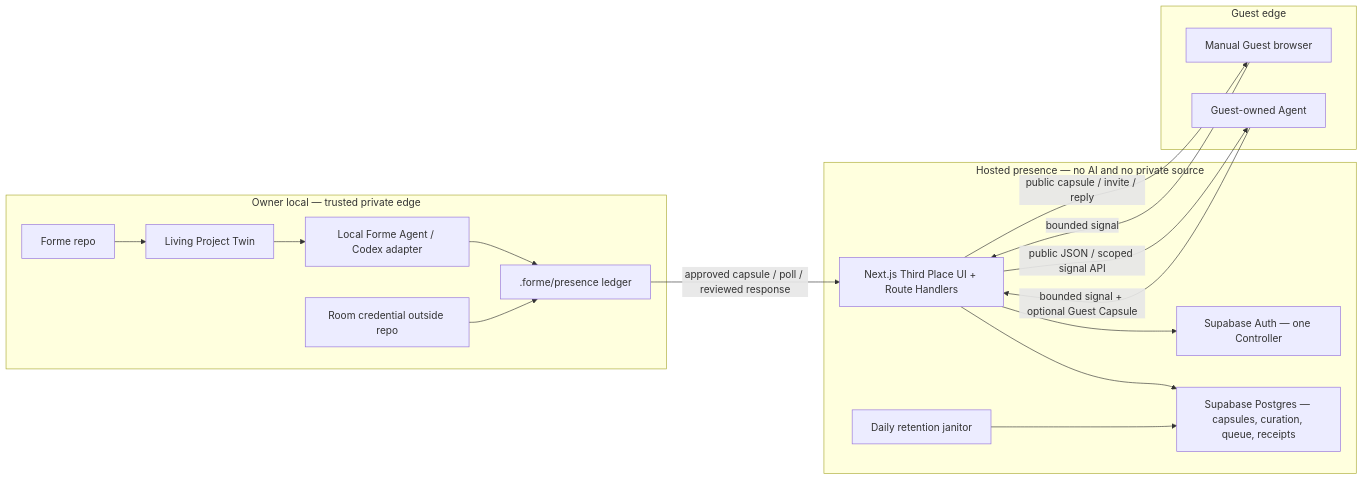
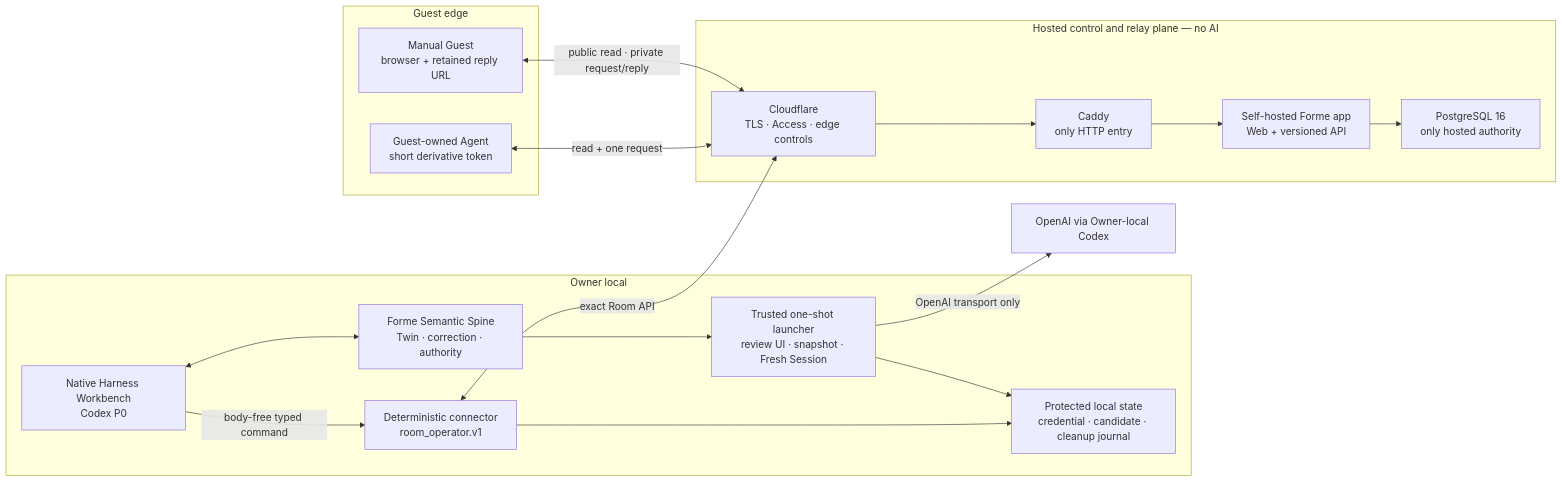
The diagram in docs/R4-TECHNICAL-CONTROL-PACKET.md (formehq/forme), drawn with Mermaid before and after one commit. The commit also changed other lines of this file and 15 other files, not shown here.

````diff
--- a/docs/R4-TECHNICAL-CONTROL-PACKET.md
+++ b/docs/R4-TECHNICAL-CONTROL-PACKET.md
@@ -220,35 +144,33 @@
 ```mermaid
 flowchart LR
-    subgraph Local["Owner local — trusted private edge"]
-        Source["Forme repo"]
-        Twin["Living Project Twin"]
-        LocalAgent["Local Forme Agent / Codex adapter"]
-        Presence[".forme/presence ledger"]
-        Credential["Room credential outside repo"]
-        Source --> Twin
-        Twin --> LocalAgent
-        LocalAgent --> Presence
-        Credential --> Presence
+    subgraph Local["Owner local"]
+        W["Native Harness Workbench\nCodex P0"]
+        S["Forme Semantic Spine\nTwin · correction · authority"]
+        L["Trusted one-shot launcher\nreview UI · snapshot · Fresh Session"]
+        C["Deterministic connector\nroom_operator.v1"]
+        P["Protected local state\ncredential · candidate · cleanup journal"]
+        W <--> S
+        W -->|"body-free typed command"| C
+        S --> L
+        L --> P
+        C --> P
     end
 
-    subgraph Hosted["Hosted presence — no AI and no private source"]
-        App["Next.js Third Place UI + Route Handlers"]
-        Auth["Supabase Auth — one Controller"]
-        DB["Supabase Postgres — capsules, curation, queue, receipts"]
-        Cron["Daily retention janitor"]
-        App --> Auth
-        App --> DB
-        Cron --> DB
+    subgraph Hosted["Hosted control and relay plane — no AI"]
+        CF["Cloudflare\nTLS · Access · edge controls"]
+        CA["Caddy\nonly HTTP entry"]
+        A["Self-hosted Forme app\nWeb + versioned API"]
+        D["PostgreSQL 16\nonly hosted authority"]
+        CF --> CA --> A --> D
     end
 
     subgraph Guest["Guest edge"]
-        Browser["Manual Guest browser"]
-        GuestAgent["Guest-owned Agent"]
+        M["Manual Guest\nbrowser + retained reply URL"]
+        G["Guest-owned Agent\nshort derivative token"]
     end
 
-    Presence -->|"approved capsule / poll / reviewed response"| App
-    App -->|"public capsule / invite / reply"| Browser
-    App -->|"public JSON / scoped signal API"| GuestAgent
-    Browser -->|"bounded signal"| App
-    GuestAgent -->|"bounded signal + optional Guest Capsule"| App
+    C <-->|"exact Room API"| CF
+    M <-->|"public read · private request/reply"| CF
+    G <-->|"read + one request"| CF
+    L -->|"OpenAI transport only"| O["OpenAI via Owner-local Codex"]
 ```
````
